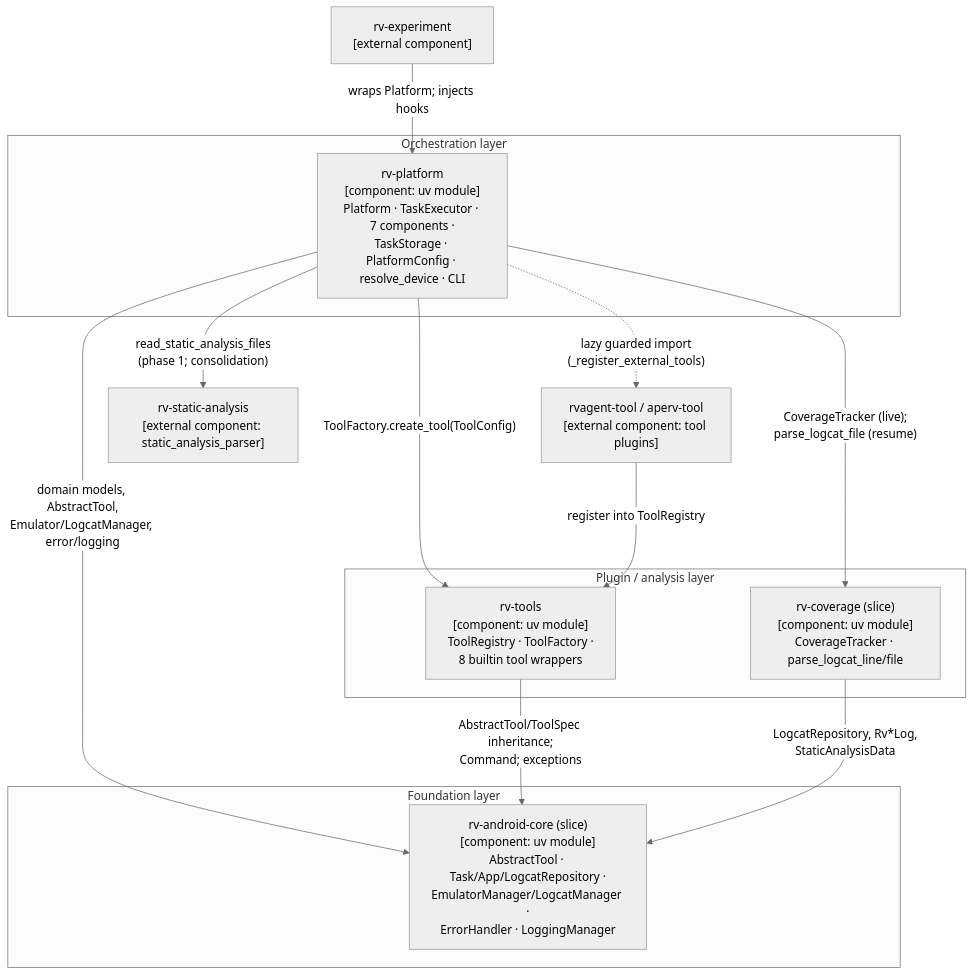
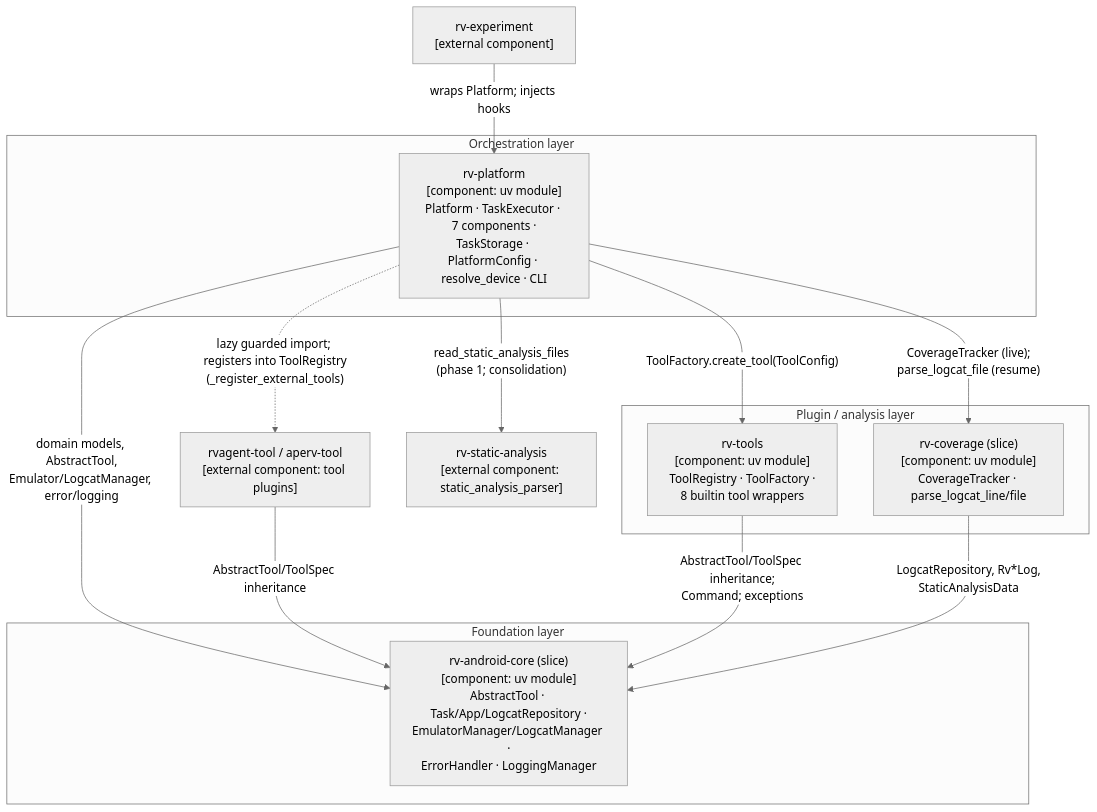
One commit to PAMunb/rvsec changed the second of 6 diagrams in rv-android/docs/architecture/rv-platform.md. Above: the diagram before and after it, drawn with Mermaid. The commit also changed other lines of this file and 45 other files, not shown here.

````diff
--- a/rv-android/docs/architecture/rv-platform.md
+++ b/rv-android/docs/architecture/rv-platform.md
@@ -852,32 +852,32 @@
 ```mermaid
 %%{init: {'theme': 'neutral'}}%%
 flowchart TB
     %% Source: modules/rv-platform/pyproject.toml, modules/rv-platform/src/rv_platform/__init__.py, modules/rv-tools/src/rv_tools/registry/, modules/rv-coverage/src/rv_coverage/analysis/coverage/tracker.py, modules/rv-coverage/src/rv_coverage/parser/log/logcat_parser.py, modules/rv-android-core/src/rv_android_core/
     %% Omitted: the parts of rv-android-core and rv-coverage outside the subsystem's slices (documented by other subsystems)
     rvexp["rv-experiment<br/>[external component]"]
     plugins["rvagent-tool / aperv-tool<br/>[external component: tool plugins]"]
     saparser["rv-static-analysis<br/>[external component: static_analysis_parser]"]
 
     subgraph orchestration["Orchestration layer"]
         rvplatform["rv-platform<br/>[component: uv module]<br/>Platform · TaskExecutor · 7 components ·<br/>TaskStorage · PlatformConfig · resolve_device · CLI"]
     end
 
     subgraph middle["Plugin / analysis layer"]
         rvtools["rv-tools<br/>[component: uv module]<br/>ToolRegistry · ToolFactory ·<br/>8 builtin tool wrappers"]
         rvcov["rv-coverage (slice)<br/>[component: uv module]<br/>CoverageTracker · parse_logcat_line/file"]
     end
 
     subgraph foundation["Foundation layer"]
         core["rv-android-core (slice)<br/>[component: uv module]<br/>AbstractTool · Task/App/LogcatRepository ·<br/>EmulatorManager/LogcatManager ·<br/>ErrorHandler · LoggingManager"]
     end
 
     rvexp -->|"wraps Platform; injects hooks"| rvplatform
     rvplatform -->|"ToolFactory.create_tool(ToolConfig)"| rvtools
     rvplatform -->|"CoverageTracker (live);<br/>parse_logcat_file (resume)"| rvcov
     rvplatform -->|"domain models, AbstractTool,<br/>Emulator/LogcatManager, error/logging"| core
-    rvplatform -.->|"lazy guarded import<br/>(_register_external_tools)"| plugins
+    rvplatform -.->|"lazy guarded import; registers into ToolRegistry<br/>(_register_external_tools)"| plugins
     rvplatform -->|"read_static_analysis_files<br/>(phase 1; consolidation)"| saparser
-    plugins -->|"register into ToolRegistry"| rvtools
+    plugins -->|"AbstractTool/ToolSpec inheritance"| core
     rvtools -->|"AbstractTool/ToolSpec inheritance;<br/>Command; exceptions"| core
     rvcov -->|"LogcatRepository, Rv*Log,<br/>StaticAnalysisData"| core
 ```
````
